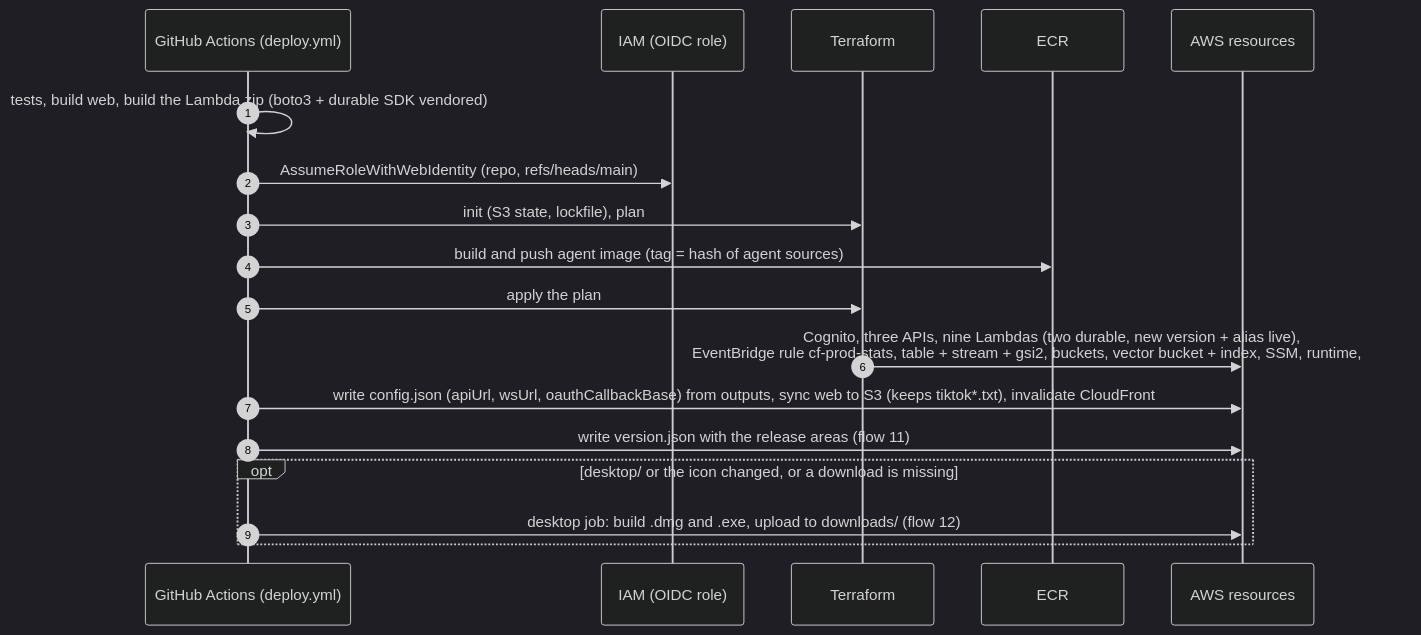
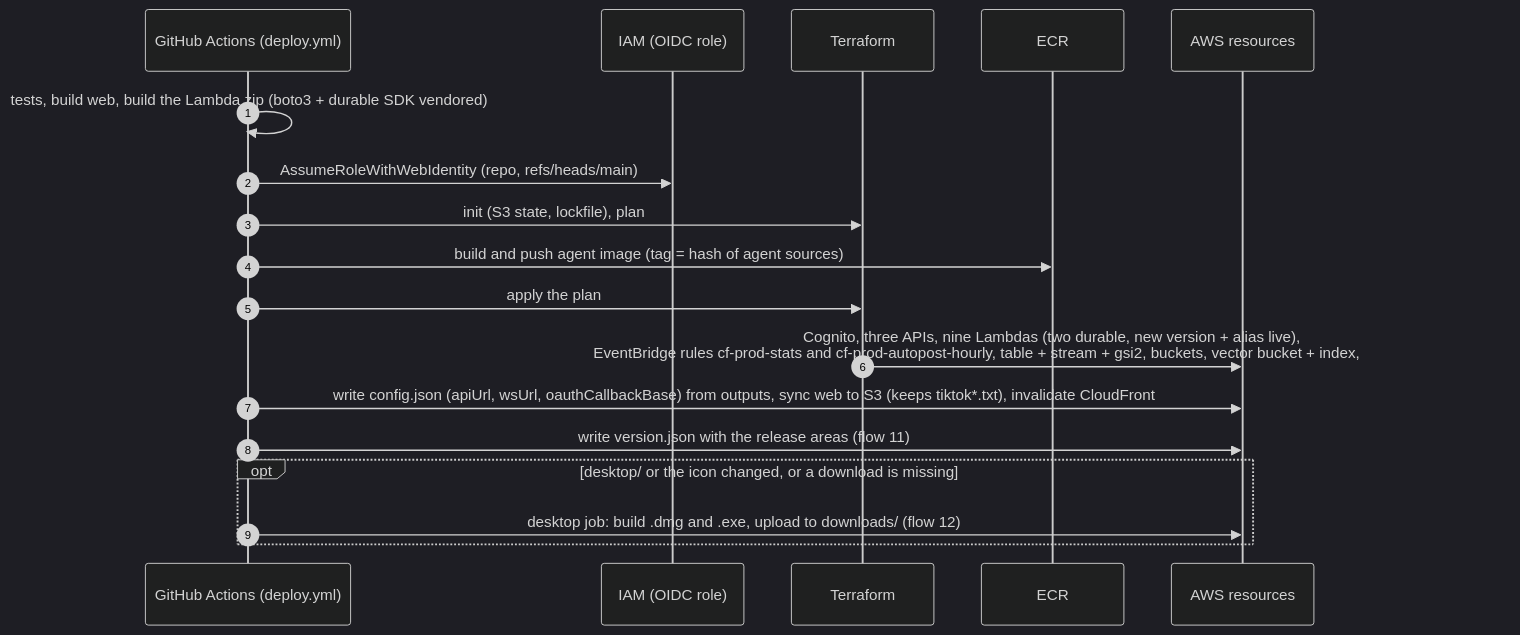
Diagram 12 of 24 in docs/ARCHITECTURE.md (Lamo2real/clip-factory), drawn with Mermaid (dark theme) before and after one commit. The commit also changed other lines of this file and 2 other files, not shown here.

First line of the commit message:
Show auto-posting in the architecture and the diagram

````diff
--- a/docs/ARCHITECTURE.md
+++ b/docs/ARCHITECTURE.md
@@ -538,20 +546,20 @@
 ```mermaid
 sequenceDiagram
   autonumber
   participant G as GitHub Actions (deploy.yml)
   participant I as IAM (OIDC role)
   participant TF as Terraform
   participant E as ECR
   participant AWS as AWS resources
   G->>G: tests, build web, build the Lambda zip (boto3 + durable SDK vendored)
   G->>I: AssumeRoleWithWebIdentity (repo, refs/heads/main)
   G->>TF: init (S3 state, lockfile), plan
   G->>E: build and push agent image (tag = hash of agent sources)
   G->>TF: apply the plan
-  TF->>AWS: Cognito, three APIs, nine Lambdas (two durable, new version + alias live),<br/>EventBridge rule cf-prod-stats, table + stream + gsi2, buckets, vector bucket + index, SSM, runtime, alarms
+  TF->>AWS: Cognito, three APIs, nine Lambdas (two durable, new version + alias live),<br/>EventBridge rules cf-prod-stats and cf-prod-autopost-hourly, table + stream + gsi2, buckets, vector bucket + index, SSM, runtime, alarms
   G->>AWS: write config.json (apiUrl, wsUrl, oauthCallbackBase) from outputs, sync web to S3 (keeps tiktok*.txt), invalidate CloudFront
   G->>AWS: write version.json with the release areas (flow 11)
   opt desktop/ or the icon changed, or a download is missing
     G->>AWS: desktop job: build .dmg and .exe, upload to downloads/ (flow 12)
   end
 ```
````
